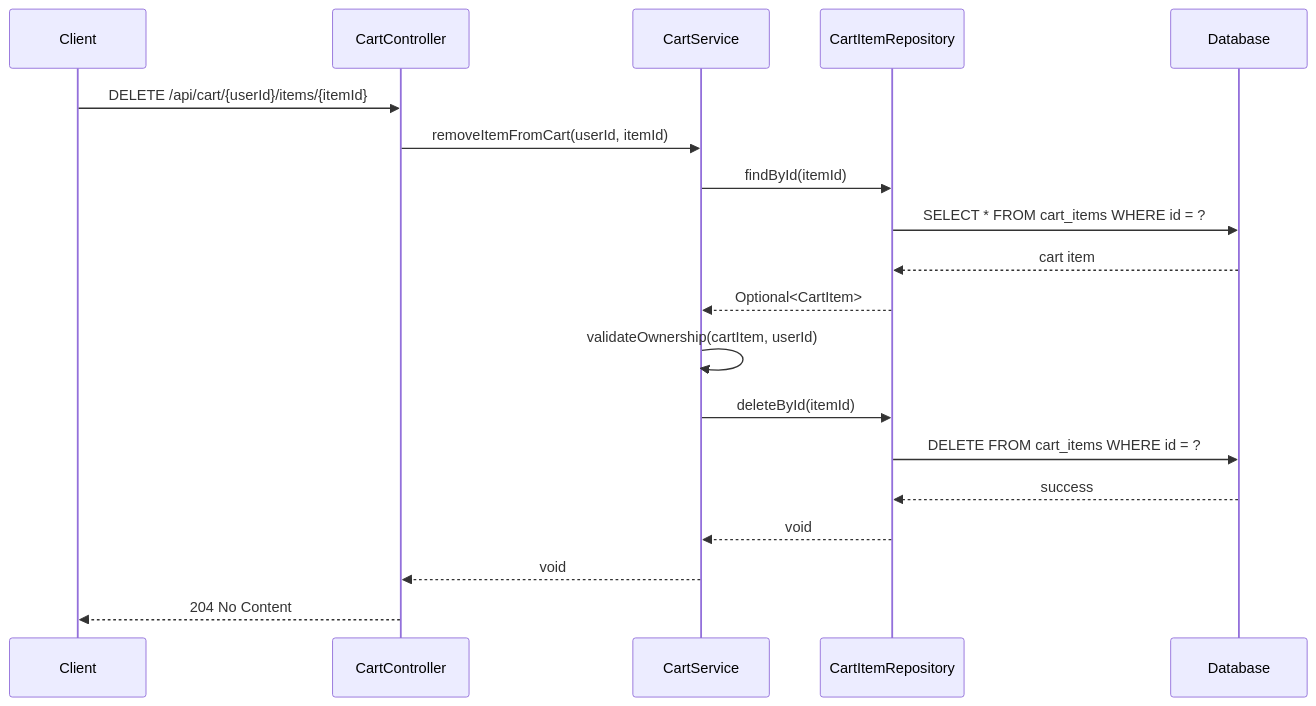
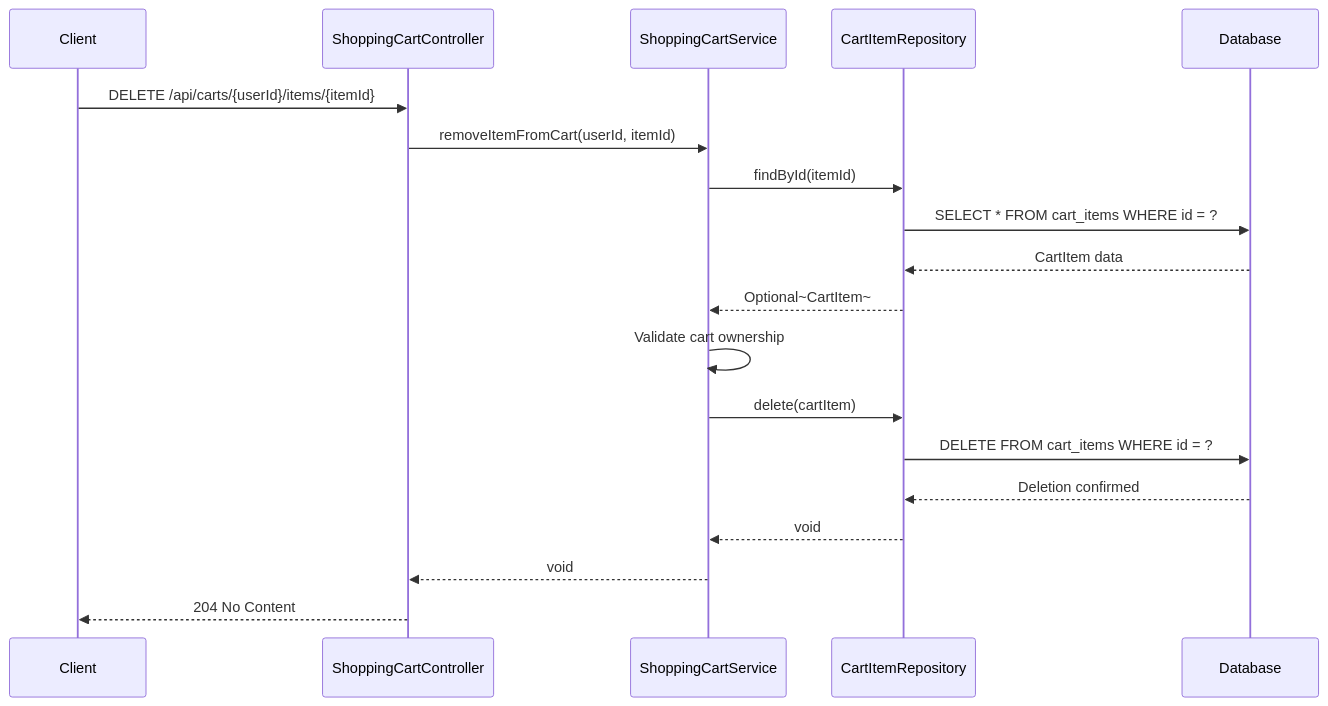
Diagram 13 of 13 in docs/LLD/modified_lld.md (NavneetBN47/aava-ecom-demo), drawn with Mermaid before and after one commit. The commit also changed other lines of this file, not shown here.

````diff
--- a/docs/LLD/modified_lld.md
+++ b/docs/LLD/modified_lld.md
@@ -613,22 +546,23 @@
 ```mermaid
 sequenceDiagram
     participant Client
-    participant CartController
-    participant CartService
+    participant ShoppingCartController
+    participant ShoppingCartService
     participant CartItemRepository
     participant Database
 
-    Client->>CartController: DELETE /api/cart/{userId}/items/{itemId}
-    CartController->>CartService: removeItemFromCart(userId, itemId)
-    CartService->>CartItemRepository: findById(itemId)
+    Client->>ShoppingCartController: DELETE /api/carts/{userId}/items/{itemId}
+    ShoppingCartController->>ShoppingCartService: removeItemFromCart(userId, itemId)
+    ShoppingCartService->>CartItemRepository: findById(itemId)
     CartItemRepository->>Database: SELECT * FROM cart_items WHERE id = ?
-    Database-->>CartItemRepository: cart item
-    CartItemRepository-->>CartService: Optional<CartItem>
-    CartService->>CartService: validateOwnership(cartItem, userId)
-    CartService->>CartItemRepository: deleteById(itemId)
+    Database-->>CartItemRepository: CartItem data
+    CartItemRepository-->>ShoppingCartService: Optional~CartItem~
+    
+    ShoppingCartService->>ShoppingCartService: Validate cart ownership
+    ShoppingCartService->>CartItemRepository: delete(cartItem)
     CartItemRepository->>Database: DELETE FROM cart_items WHERE id = ?
-    Database-->>CartItemRepository: success
-    CartItemRepository-->>CartService: void
-    CartService-->>CartController: void
-    CartController-->>Client: 204 No Content
+    Database-->>CartItemRepository: Deletion confirmed
+    CartItemRepository-->>ShoppingCartService: void
+    ShoppingCartService-->>ShoppingCartController: void
+    ShoppingCartController-->>Client: 204 No Content
 ```
````
